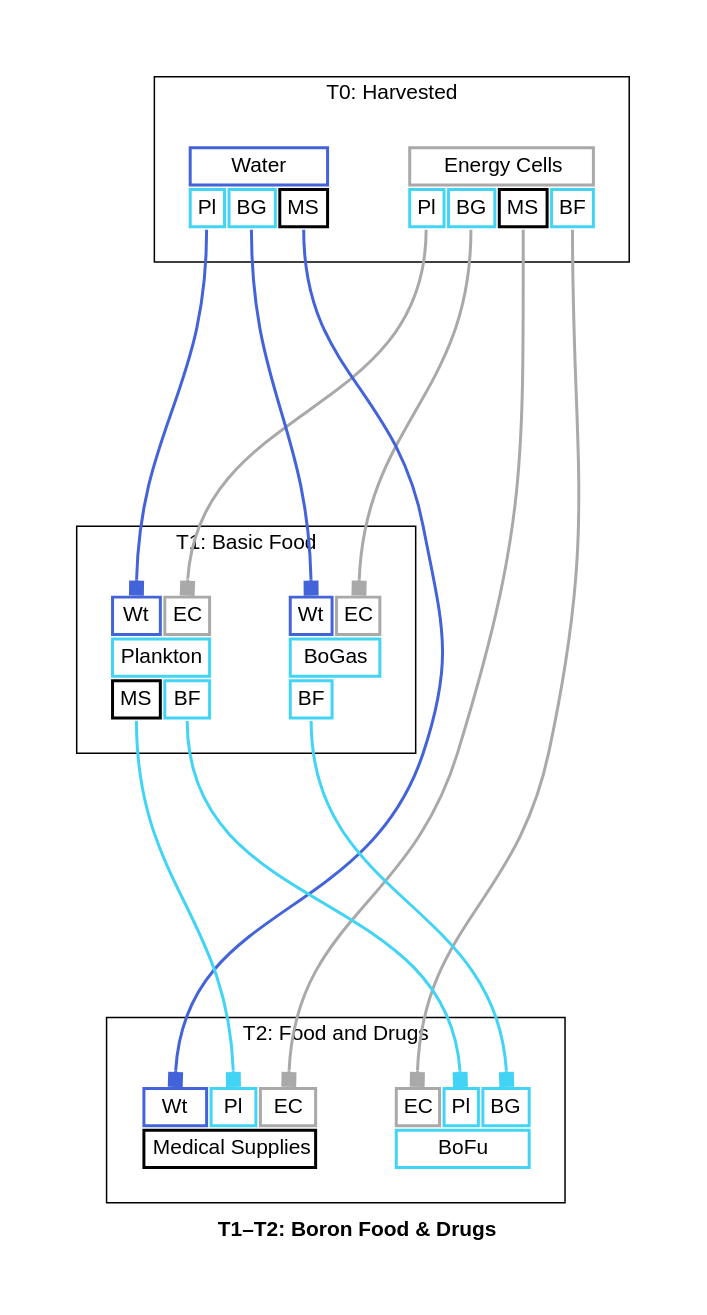
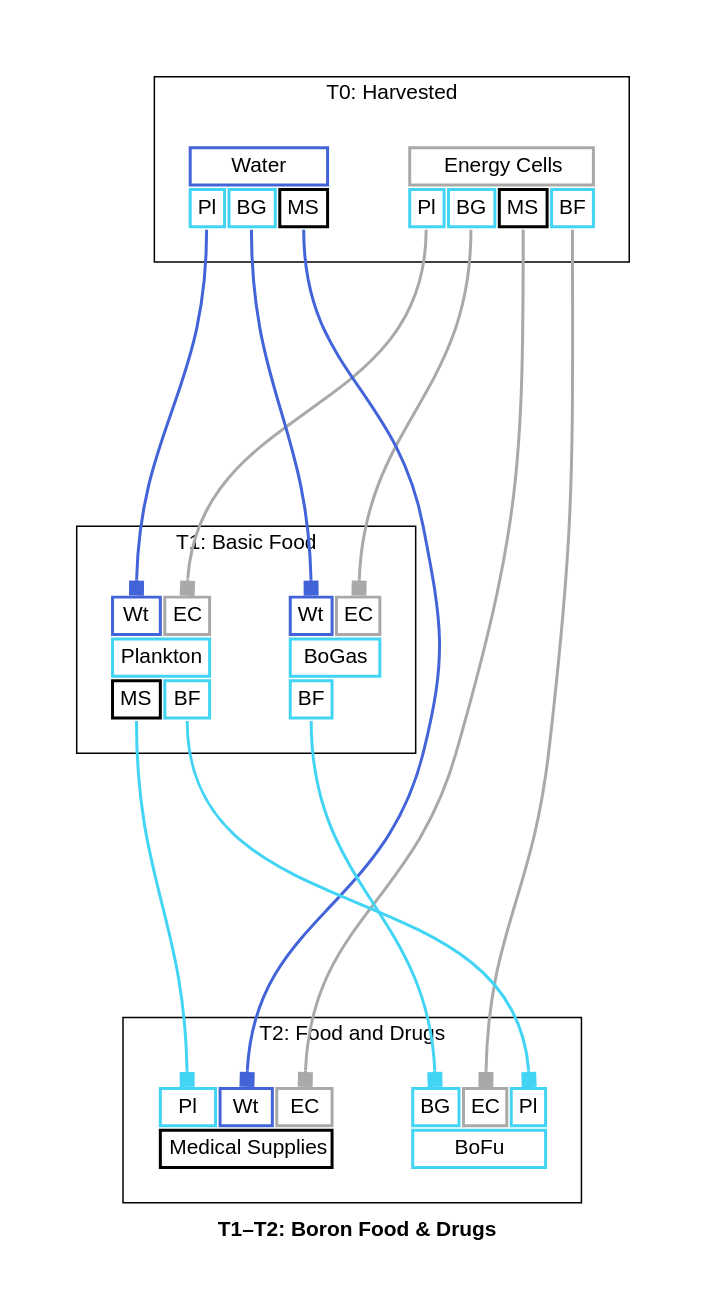
One commit to borntyping/x4-diagrams changed the diagram in docs/t1_t2_boron_food_drugs_graph_full.dot. Above: the diagram before and after it, drawn with Graphviz. The commit also changed other lines of this file and 45 other files, not shown here.

```diff
--- a/docs/t1_t2_boron_food_drugs_graph_full.dot
+++ b/docs/t1_t2_boron_food_drugs_graph_full.dot
@@ -1,141 +1,141 @@
 digraph "X4 Economy" {
 	edge [arrowType=normal]
 	compound=true fontname="Helvetica,Arial,sans-serif"
 	label=<<b>T1–T2: Boron Food &amp; Drugs</b>>
 	graph [nodesep=0.3 pad=0.5 ranksep=3]
 	node [color=slategray1 fontname="Helvetica,Arial,sans-serif" margin=0.2 penwidth=2.0 shape=plaintext]
 	edge [arrowhead=normal arrowsize=1.0 fontname="Helvetica,Arial,sans-serif" headport=n penwidth=2.0 tailport=s]
 	subgraph 0 {
 		cluster=true label="T0: Harvested"
 		energy_cells [label=<<table border="0" cellborder="2" cellpadding="4" cellspacing="1" fixedsize="false" id="energy_cells" port="output">
   
   <tr>
     <td align="text" bgcolor="white" color="#a9a9a9" colspan="4">Energy Cells</td>
   </tr>
   
     <tr>
       
         <td align="text" bgcolor="white" color="#42d4f4" port="plankton">Pl</td>
       
         <td align="text" bgcolor="white" color="#42d4f4" port="bogas">BG</td>
       
         <td align="text" bgcolor="white" color="#000000" port="medical_supplies">MS</td>
       
         <td align="text" bgcolor="white" color="#42d4f4" port="bofu">BF</td>
       
     </tr>
   
 </table>>]
 		water [label=<<table border="0" cellborder="2" cellpadding="4" cellspacing="1" fixedsize="false" id="water" port="output">
   
   <tr>
     <td align="text" bgcolor="white" color="#4363d8" colspan="3">Water</td>
   </tr>
   
     <tr>
       
         <td align="text" bgcolor="white" color="#42d4f4" port="plankton">Pl</td>
       
         <td align="text" bgcolor="white" color="#42d4f4" port="bogas">BG</td>
       
         <td align="text" bgcolor="white" color="#000000" port="medical_supplies">MS</td>
       
     </tr>
   
 </table>>]
 	}
 	subgraph 1 {
 		cluster=true label="T1: Basic Food"
 		bogas [label=<<table border="0" cellborder="2" cellpadding="4" cellspacing="1" fixedsize="false" id="bogas" port="output">
   
     <tr>
       
         <td align="text" bgcolor="white" color="#4363d8" port="water">Wt</td>
       
         <td align="text" bgcolor="white" color="#a9a9a9" port="energy_cells">EC</td>
       
     </tr>
   
   <tr>
     <td align="text" bgcolor="white" color="#42d4f4" colspan="2">BoGas</td>
   </tr>
   
     <tr>
       
         <td align="text" bgcolor="white" color="#42d4f4" port="bofu">BF</td>
       
     </tr>
   
 </table>>]
 		plankton [label=<<table border="0" cellborder="2" cellpadding="4" cellspacing="1" fixedsize="false" id="plankton" port="output">
   
     <tr>
       
         <td align="text" bgcolor="white" color="#4363d8" port="water">Wt</td>
       
         <td align="text" bgcolor="white" color="#a9a9a9" port="energy_cells">EC</td>
       
     </tr>
   
   <tr>
     <td align="text" bgcolor="white" color="#42d4f4" colspan="2">Plankton</td>
   </tr>
   
     <tr>
       
         <td align="text" bgcolor="white" color="#000000" port="medical_supplies">MS</td>
       
         <td align="text" bgcolor="white" color="#42d4f4" port="bofu">BF</td>
       
     </tr>
   
 </table>>]
 	}
 	subgraph 2 {
 		cluster=true label="T2: Food and Drugs"
 		bofu [label=<<table border="0" cellborder="2" cellpadding="4" cellspacing="1" fixedsize="false" id="bofu" port="output">
   
     <tr>
       
+        <td align="text" bgcolor="white" color="#42d4f4" port="bogas">BG</td>
+      
         <td align="text" bgcolor="white" color="#a9a9a9" port="energy_cells">EC</td>
       
         <td align="text" bgcolor="white" color="#42d4f4" port="plankton">Pl</td>
-      
-        <td align="text" bgcolor="white" color="#42d4f4" port="bogas">BG</td>
       
     </tr>
   
   <tr>
     <td align="text" bgcolor="white" color="#42d4f4" colspan="3">BoFu</td>
   </tr>
   
 </table>>]
 		medical_supplies [label=<<table border="0" cellborder="2" cellpadding="4" cellspacing="1" fixedsize="false" id="medical_supplies" port="output">
   
     <tr>
       
+        <td align="text" bgcolor="white" color="#42d4f4" port="plankton">Pl</td>
+      
         <td align="text" bgcolor="white" color="#4363d8" port="water">Wt</td>
-      
-        <td align="text" bgcolor="white" color="#42d4f4" port="plankton">Pl</td>
       
         <td align="text" bgcolor="white" color="#a9a9a9" port="energy_cells">EC</td>
       
     </tr>
   
   <tr>
     <td align="text" bgcolor="white" color="#000000" colspan="3">Medical Supplies</td>
   </tr>
   
 </table>>]
 	}
 	energy_cells:plankton:s -> plankton:energy_cells:n [arrowhead=box color="#a9a9a9" weight=1.0]
 	water:plankton:s -> plankton:water:n [arrowhead=box color="#4363d8" weight=1.0]
 	energy_cells:bogas:s -> bogas:energy_cells:n [arrowhead=box color="#a9a9a9" weight=1.0]
 	water:bogas:s -> bogas:water:n [arrowhead=box color="#4363d8" weight=1.0]
 	energy_cells:medical_supplies:s -> medical_supplies:energy_cells:n [arrowhead=box color="#a9a9a9" weight=1.0]
 	plankton:medical_supplies:s -> medical_supplies:plankton:n [arrowhead=box color="#42d4f4" weight=1.0]
 	water:medical_supplies:s -> medical_supplies:water:n [arrowhead=box color="#4363d8" weight=1.0]
 	bogas:bofu:s -> bofu:bogas:n [arrowhead=box color="#42d4f4" weight=1.0]
 	energy_cells:bofu:s -> bofu:energy_cells:n [arrowhead=box color="#a9a9a9" weight=1.0]
 	plankton:bofu:s -> bofu:plankton:n [arrowhead=box color="#42d4f4" weight=1.0]
 }
```
